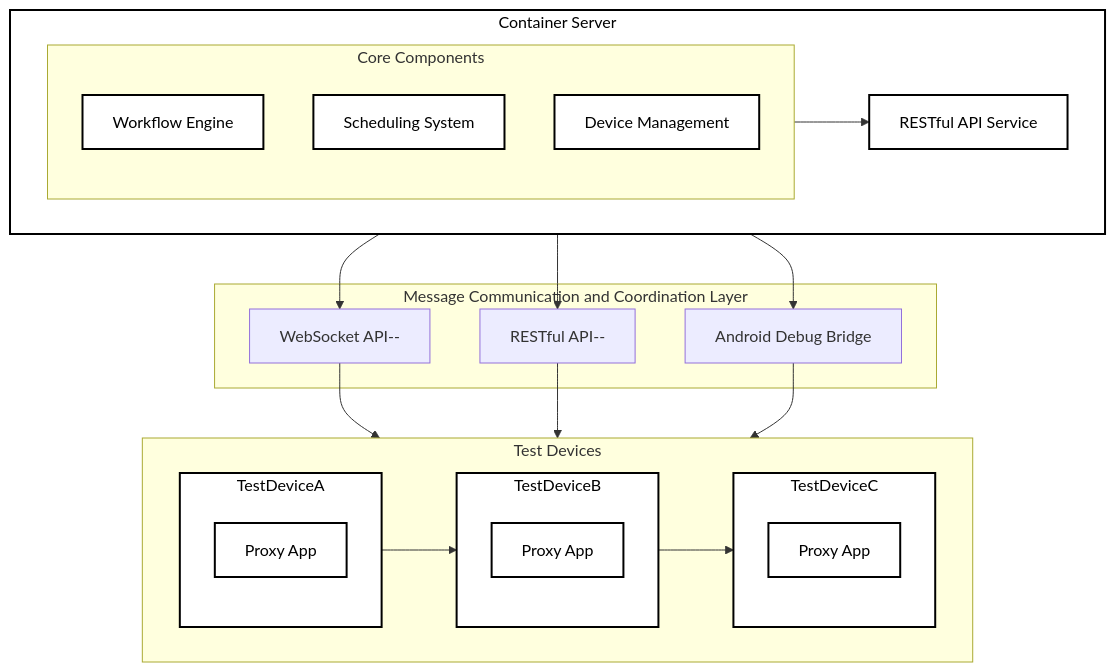
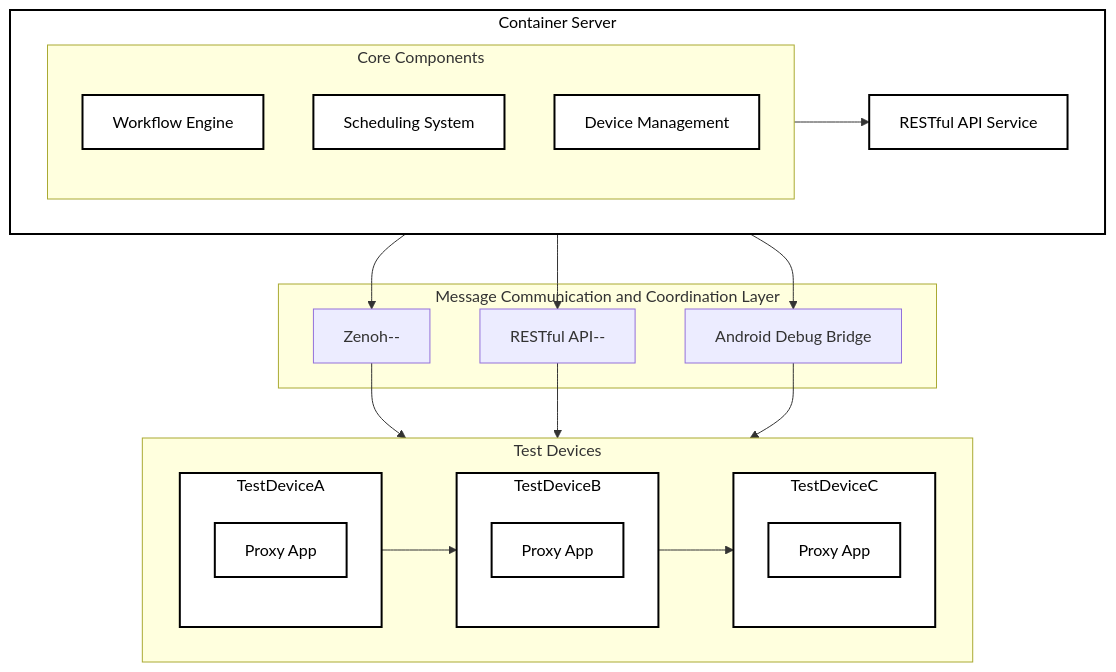
The diagram in architecture.md (terminail/autodroid), drawn with Mermaid before and after one commit. The commit also changed other lines of this file and 62 other files, not shown here.

````diff
--- a/architecture.md
+++ b/architecture.md
@@ -5,56 +5,56 @@
 ```mermaid
 flowchart TD
     subgraph ContainerServer[Container Server]
         subgraph CoreComponents[Core Components]
             WorkflowEngine[Workflow Engine]
             SchedulingSystem[Scheduling System]
             DeviceManagement[Device Management]
         end
         
         RESTfulAPI[RESTful API Service]
         
         CoreComponents --> RESTfulAPI
     end
     
     subgraph CommunicationLayer[Message Communication and Coordination Layer]
-        WebSocket[WebSocket API--]
+        Zenoh[Zenoh--]
         HTTP[RESTful API--]
         ADB[Android Debug Bridge]
     end
     
     subgraph TestDevices[Test Devices]
         direction LR
         TestDeviceA[Test Device A] --> TestDeviceB[Test Device B] --> TestDeviceC[Test Device C]
         
         subgraph TestDeviceA
             ProxyAppA[Proxy App]
         end
         
         subgraph TestDeviceB
             ProxyAppB[Proxy App]
         end
         
         subgraph TestDeviceC
             ProxyAppC[Proxy App]
         end
     end
     
-    ContainerServer --> WebSocket
+    ContainerServer --> Zenoh
     ContainerServer --> HTTP
     ContainerServer --> ADB
 
-    WebSocket --> TestDevices
+    Zenoh --> TestDevices
     HTTP --> TestDevices
     ADB --> TestDevices
     
     %% Styling - Using black text with white background for better clarity
     classDef container stroke:#000,stroke-width:2px,fill:#fff,color:#000;
     classDef component stroke:#000,stroke-width:2px,fill:#fff,color:#000;
     classDef communication stroke:#000,stroke-width:2px,fill:#fff,color:#000;
     classDef device stroke:#000,stroke-width:2px,fill:#fff,color:#000;
     
     class ContainerServer container;
     class WorkflowEngine,SchedulingSystem,DeviceManagement,RESTfulAPI component;
-    class WebSocketHTTP communication;
+    class ZenohHTTP communication;
     class TestDeviceA,TestDeviceB,TestDeviceC,ProxyAppA,ProxyAppB,ProxyAppC device;
 ```
````
